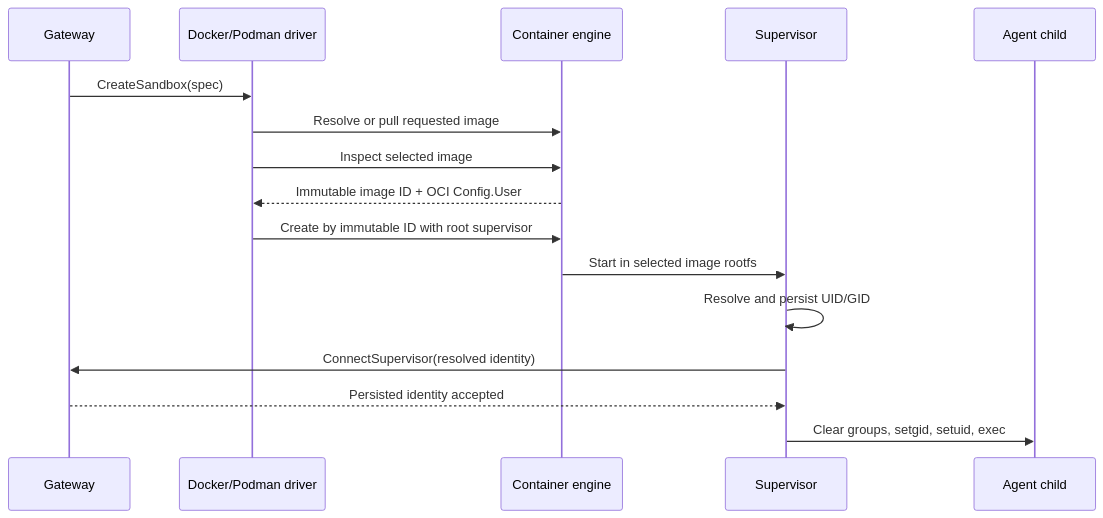
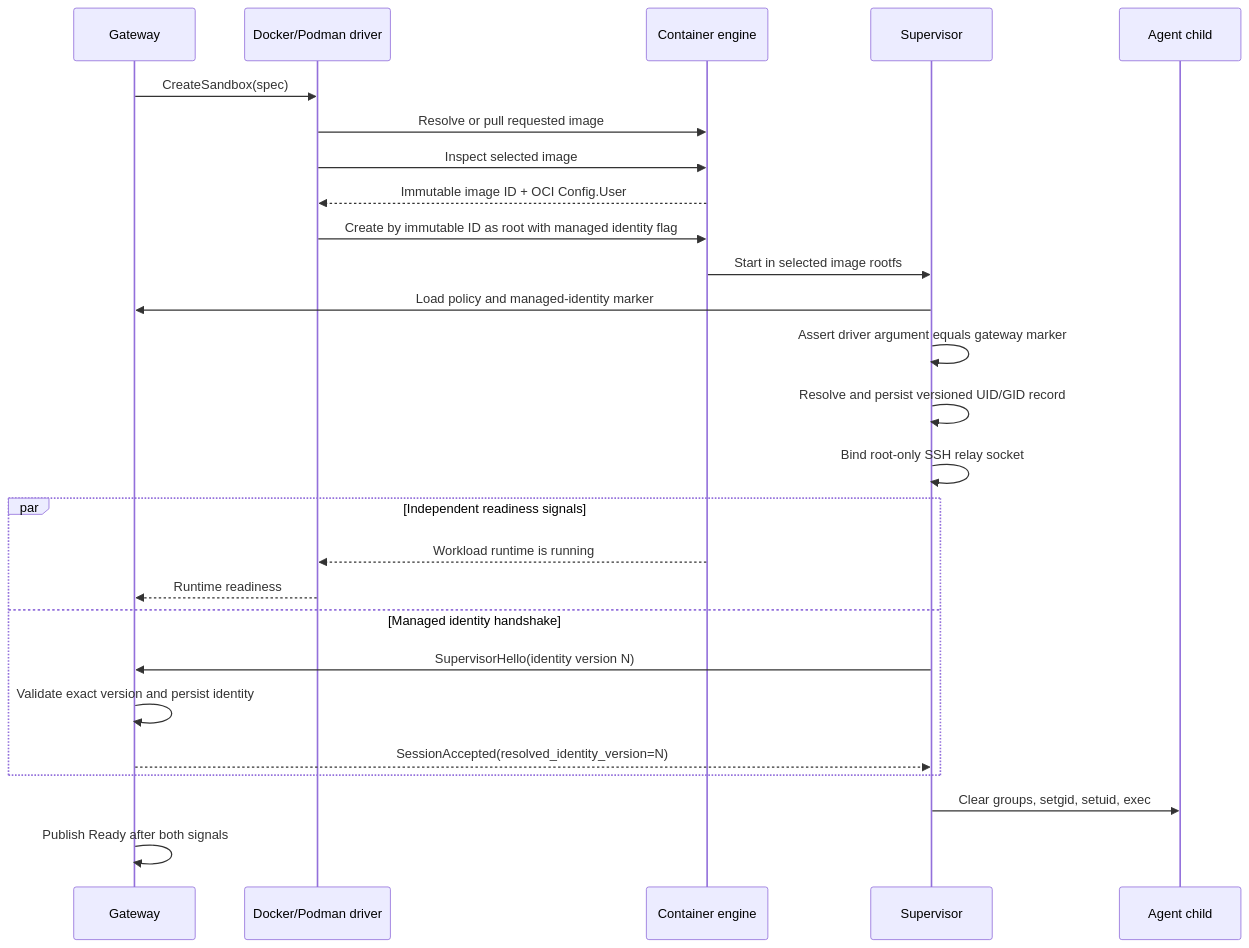
Before and after one commit to NVIDIA/OpenShell: the diagram in architecture/compute-runtimes.md, drawn with Mermaid. The commit also changed other lines of this file and 23 other files, not shown here.

Commit message:
fix(sandbox): harden managed image identity

````diff
--- a/architecture/compute-runtimes.md
+++ b/architecture/compute-runtimes.md
@@ -92,19 +98,29 @@
 ```mermaid
 sequenceDiagram
     participant Gateway
     participant Driver as Docker/Podman driver
     participant Engine as Container engine
     participant Supervisor
     participant Agent as Agent child
 
     Gateway->>Driver: CreateSandbox(spec)
     Driver->>Engine: Resolve or pull requested image
     Driver->>Engine: Inspect selected image
     Engine-->>Driver: Immutable image ID + OCI Config.User
-    Driver->>Engine: Create by immutable ID with root supervisor
+    Driver->>Engine: Create by immutable ID as root with managed identity flag
     Engine->>Supervisor: Start in selected image rootfs
-    Supervisor->>Supervisor: Resolve and persist UID/GID
-    Supervisor->>Gateway: ConnectSupervisor(resolved identity)
-    Gateway-->>Supervisor: Persisted identity accepted
+    Supervisor->>Gateway: Load policy and managed-identity marker
+    Supervisor->>Supervisor: Assert driver argument equals gateway marker
+    Supervisor->>Supervisor: Resolve and persist versioned UID/GID record
+    Supervisor->>Supervisor: Bind root-only SSH relay socket
+    par Independent readiness signals
+        Engine-->>Driver: Workload runtime is running
+        Driver-->>Gateway: Runtime readiness
+    and Managed identity handshake
+        Supervisor->>Gateway: SupervisorHello(identity version N)
+        Gateway->>Gateway: Validate exact version and persist identity
+        Gateway-->>Supervisor: SessionAccepted(resolved_identity_version=N)
+    end
     Supervisor->>Agent: Clear groups, setgid, setuid, exec
+    Gateway->>Gateway: Publish Ready after both signals
 ```
````
